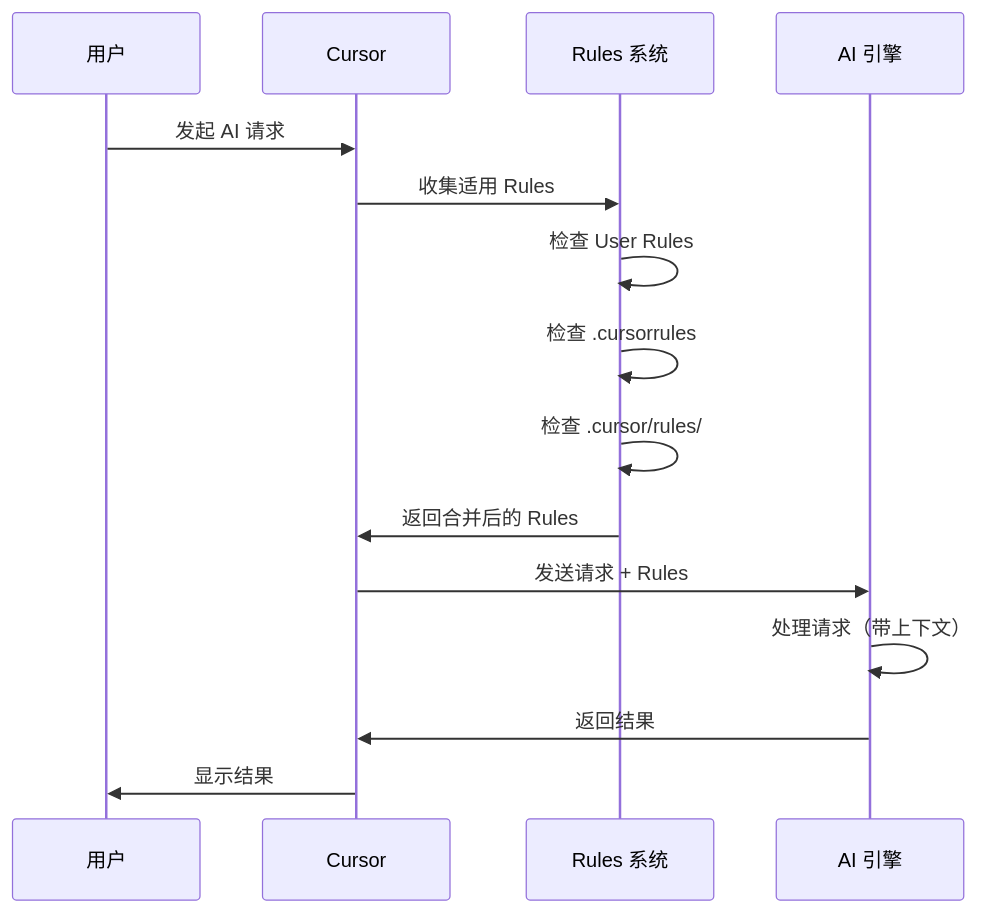
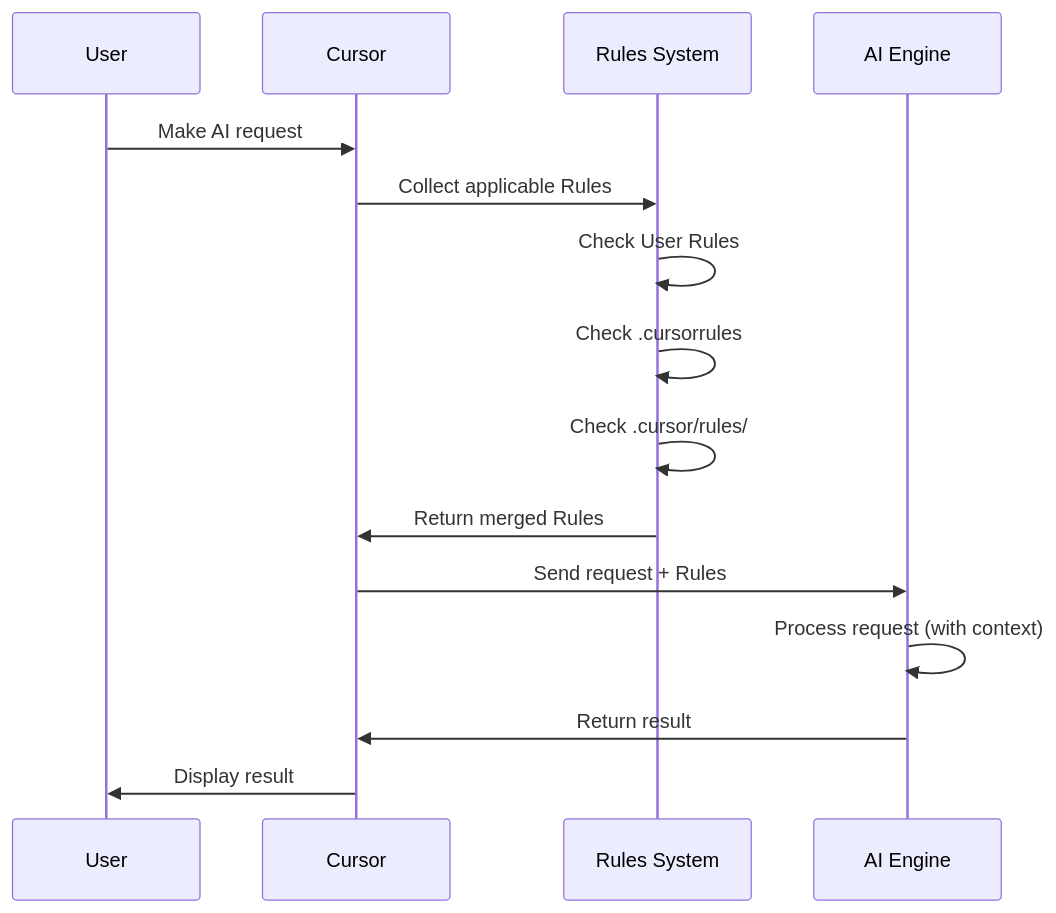
One commit to DDR187/cursor-howto changed the fifth of 6 diagrams in 02-rules/README.md. Above: the diagram before and after it, drawn with Mermaid. The commit also changed other lines of this file and 22 other files, not shown here.

````diff
--- a/02-rules/README.md
+++ b/02-rules/README.md
@@ -131,20 +131,20 @@
 ```mermaid
 sequenceDiagram
-    participant U as 用户
+    participant U as User
     participant C as Cursor
-    participant R as Rules 系统
-    participant AI as AI 引擎
+    participant R as Rules System
+    participant AI as AI Engine
     
-    U->>C: 发起 AI 请求
-    C->>R: 收集适用 Rules
+    U->>C: Make AI request
+    C->>R: Collect applicable Rules
     
-    R->>R: 检查 User Rules
-    R->>R: 检查 .cursorrules
-    R->>R: 检查 .cursor/rules/
+    R->>R: Check User Rules
+    R->>R: Check .cursorrules
+    R->>R: Check .cursor/rules/
     
-    R->>C: 返回合并后的 Rules
-    C->>AI: 发送请求 + Rules
-    AI->>AI: 处理请求（带上下文）
-    AI->>C: 返回结果
-    C->>U: 显示结果
+    R->>C: Return merged Rules
+    C->>AI: Send request + Rules
+    AI->>AI: Process request (with context)
+    AI->>C: Return result
+    C->>U: Display result
 ```
````
